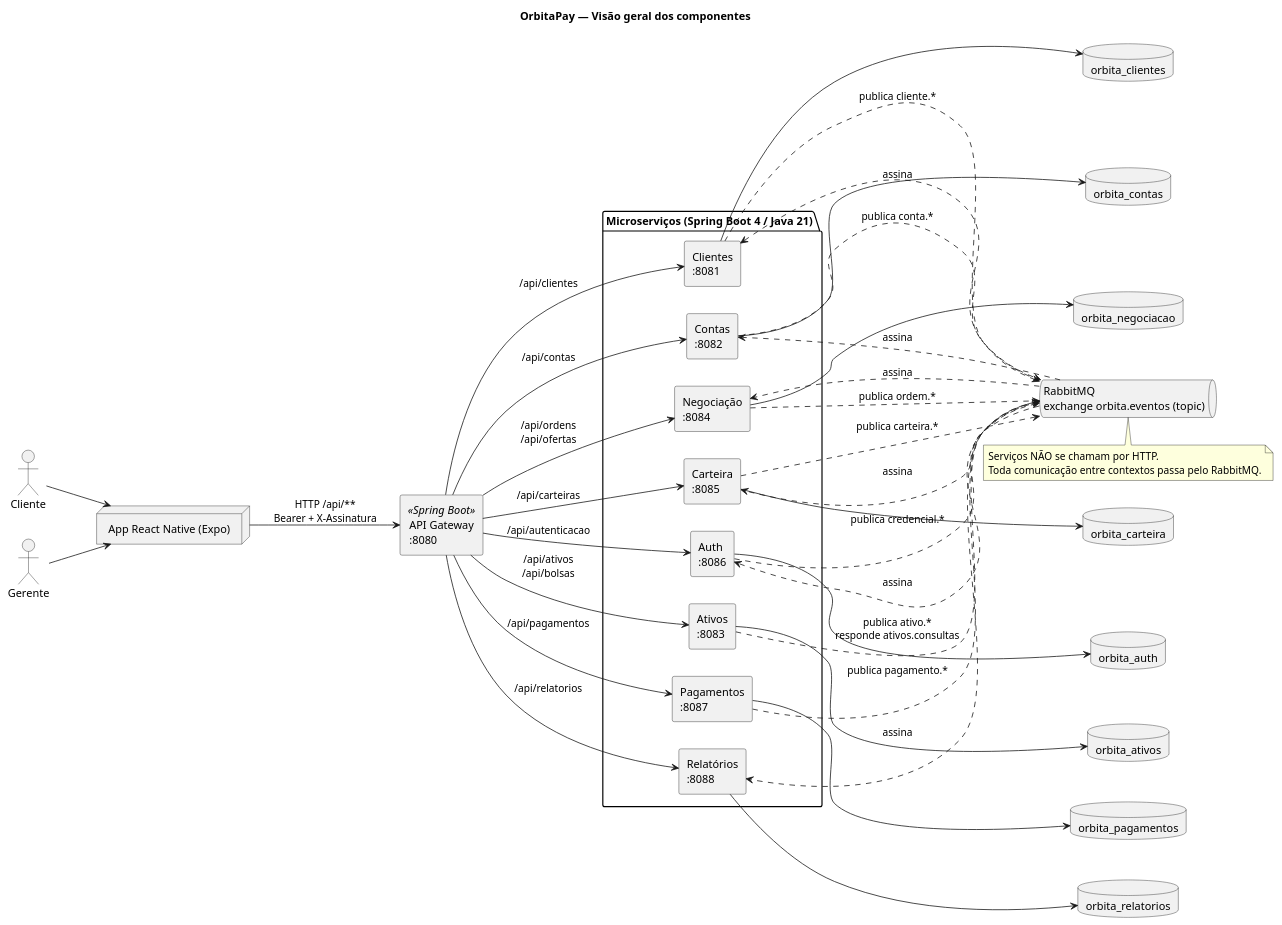
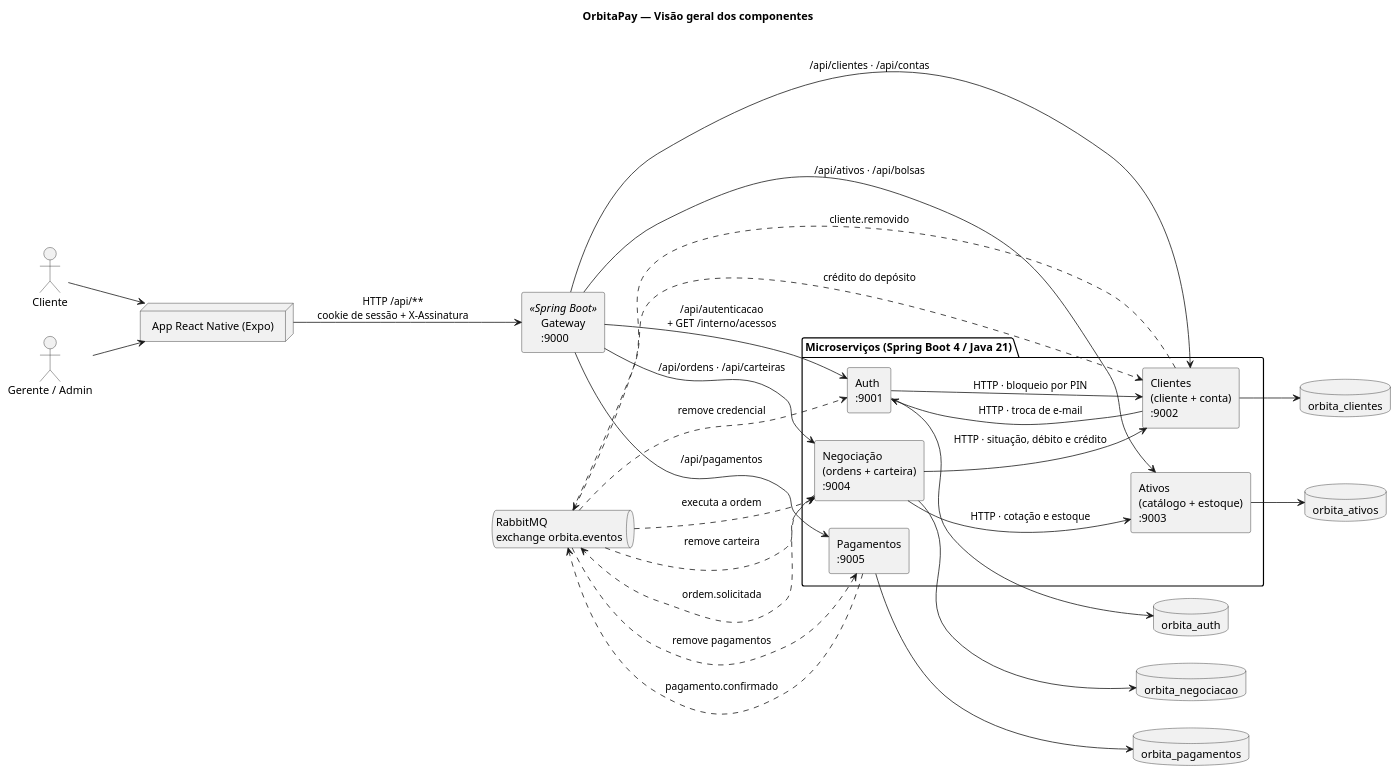
One commit to Endrigogustavo/OrbitaPay changed the diagram in docs/plantuml/01-visao-geral.puml. Above: the diagram before and after it, drawn with PlantUML. The commit also changed 788 other files, not shown here.

First line of the commit message:
refactor(backend): rewrite as 6 clean-architecture microservices

```diff
--- a/docs/plantuml/01-visao-geral.puml
+++ b/docs/plantuml/01-visao-geral.puml
@@ -1,79 +1,61 @@
 @startuml 01-visao-geral
 title OrbitaPay — Visão geral dos componentes
 
 skinparam componentStyle rectangle
 skinparam shadowing false
 skinparam defaultFontName "Segoe UI"
 left to right direction
 
 actor "Cliente" as cliente
-actor "Gerente" as gerente
+actor "Gerente / Admin" as gerente
 
 node "App React Native (Expo)" as app
 
-component "API Gateway\n:8080" as gw <<Spring Boot>>
+component "Gateway\n:9000" as gw <<Spring Boot>>
 
 package "Microserviços (Spring Boot 4 / Java 21)" {
-  component "Auth\n:8086" as aut
-  component "Clientes\n:8081" as cli
-  component "Contas\n:8082" as con
-  component "Ativos\n:8083" as atv
-  component "Negociação\n:8084" as neg
-  component "Carteira\n:8085" as car
-  component "Pagamentos\n:8087" as pag
-  component "Relatórios\n:8088" as rel
+  component "Auth\n:9001" as aut
+  component "Clientes\n(cliente + conta)\n:9002" as cli
+  component "Ativos\n(catálogo + estoque)\n:9003" as atv
+  component "Negociação\n(ordens + carteira)\n:9004" as neg
+  component "Pagamentos\n:9005" as pag
 }
 
 database "orbita_auth" as dbaut
 database "orbita_clientes" as dbcli
-database "orbita_contas" as dbcon
 database "orbita_ativos" as dbatv
 database "orbita_negociacao" as dbneg
-database "orbita_carteira" as dbcar
 database "orbita_pagamentos" as dbpag
-database "orbita_relatorios" as dbrel
 
-queue "RabbitMQ\nexchange orbita.eventos (topic)" as mq
+queue "RabbitMQ\nexchange orbita.eventos" as mq
 
 cliente --> app
 gerente --> app
-app --> gw : HTTP /api/**\nBearer + X-Assinatura
+app --> gw : HTTP /api/**\ncookie de sessão + X-Assinatura
 
-gw --> aut : /api/autenticacao
-gw --> cli : /api/clientes
-gw --> con : /api/contas
-gw --> atv : /api/ativos\n/api/bolsas
-gw --> neg : /api/ordens\n/api/ofertas
-gw --> car : /api/carteiras
+gw --> aut : /api/autenticacao\n+ GET /interno/acessos
+gw --> cli : /api/clientes · /api/contas
+gw --> atv : /api/ativos · /api/bolsas
+gw --> neg : /api/ordens · /api/carteiras
 gw --> pag : /api/pagamentos
-gw --> rel : /api/relatorios
+
+aut --> cli : HTTP · bloqueio por PIN
+cli --> aut : HTTP · troca de e-mail
+neg --> atv : HTTP · cotação e estoque
+neg --> cli : HTTP · situação, débito e crédito
+
+pag ..> mq : pagamento.confirmado
+neg ..> mq : ordem.solicitada
+mq ..> neg : executa a ordem
+mq ..> pag : remove pagamentos
+cli ..> mq : cliente.removido
+mq ..> cli : crédito do depósito
+mq ..> aut : remove credencial
+mq ..> neg : remove carteira
 
 aut --> dbaut
 cli --> dbcli
-con --> dbcon
 atv --> dbatv
 neg --> dbneg
-car --> dbcar
 pag --> dbpag
-rel --> dbrel
-
-aut ..> mq : publica credencial.*
-cli ..> mq : publica cliente.*
-atv ..> mq : publica ativo.*\nresponde ativos.consultas
-neg ..> mq : publica ordem.*
-con ..> mq : publica conta.*
-car ..> mq : publica carteira.*
-pag ..> mq : publica pagamento.*
-
-mq ..> aut : assina
-mq ..> cli : assina
-mq ..> con : assina
-mq ..> neg : assina
-mq ..> car : assina
-mq ..> rel : assina
-
-note bottom of mq
-  Serviços NÃO se chamam por HTTP.
-  Toda comunicação entre contextos passa pelo RabbitMQ.
-end note
 @enduml
```
